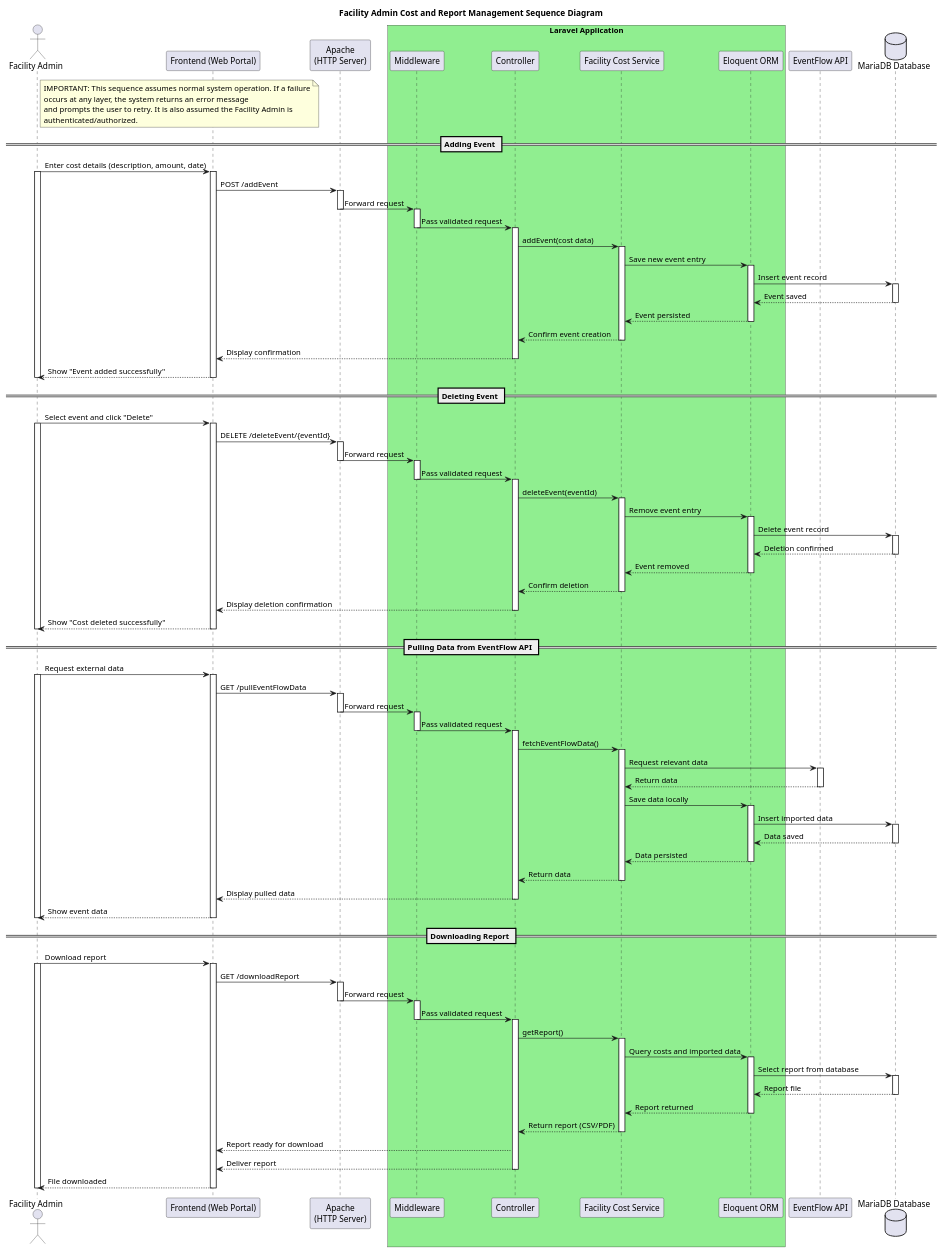
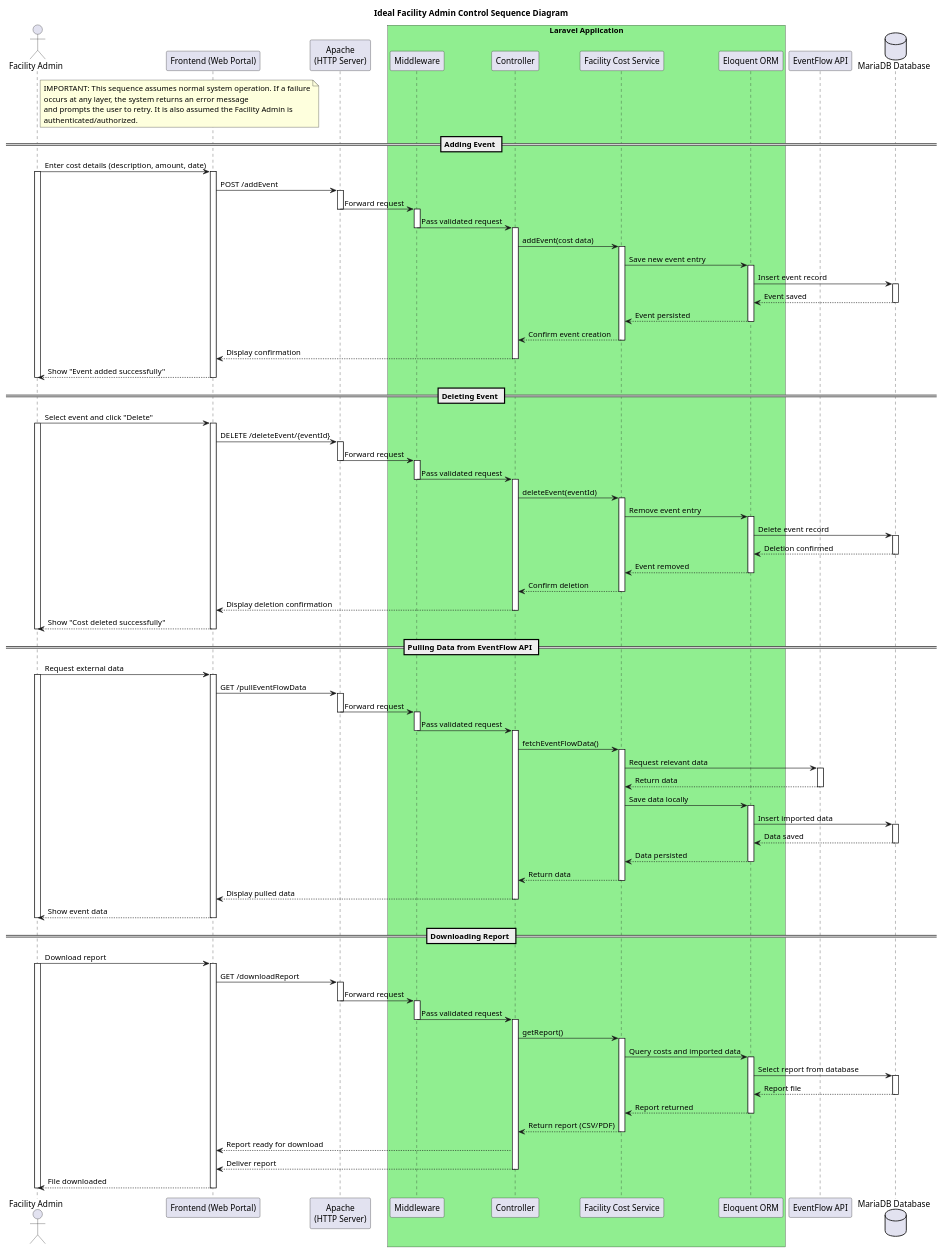
Before and after one commit to JanPerez35/PlantUML: the diagram in sequenceDiagrams/Facility_Admin_Control_Sequence_Diagram.puml, drawn with PlantUML. The commit also changed 19 other files, not shown here.

Commit message:
Sequence updated naming

```diff
--- a/sequenceDiagrams/Facility_Admin_Control_Sequence_Diagram.puml
+++ b/sequenceDiagrams/Facility_Admin_Control_Sequence_Diagram.puml
@@ -1,182 +1,182 @@
 @startuml
 
-title Facility Admin Cost and Report Management Sequence Diagram
+title Ideal Facility Admin Control Sequence Diagram
 
 actor "Facility Admin" as Admin
 
 participant "Frontend (Web Portal)" as FE
 participant "Apache\n(HTTP Server)" as Apache
 
 box "Laravel Application" #LightGreen
   participant "Middleware" as MW
   participant "Controller" as C
   participant "Facility Cost Service" as Service
   participant "Eloquent ORM" as ORM
 end box
 
 note right of Admin
 IMPORTANT: This sequence assumes normal system operation. If a failure
 occurs at any layer, the system returns an error message
 and prompts the user to retry. It is also assumed the Facility Admin is
 authenticated/authorized.
 end note
 
 participant "EventFlow API" as EventFlow
 database "MariaDB Database" as DB
 
 == Adding Event ==
 Admin -> FE: Enter cost details (description, amount, date)
 activate Admin
 activate FE
 
 FE -> Apache: POST /addEvent
 activate Apache
 Apache -> MW: Forward request
 deactivate Apache
 
 activate MW
 MW -> C: Pass validated request
 deactivate MW
 
 activate C
 C -> Service: addEvent(cost data)
 activate Service
 
 Service -> ORM: Save new event entry
 activate ORM
 ORM -> DB: Insert event record
 activate DB
 DB --> ORM: Event saved
 deactivate DB
 ORM --> Service: Event persisted
 deactivate ORM
 
 Service --> C: Confirm event creation
 deactivate Service
 C --> FE: Display confirmation
 deactivate C
 
 FE --> Admin: Show "Event added successfully"
 deactivate FE
 deactivate Admin
 
 
 == Deleting Event ==
 Admin -> FE: Select event and click "Delete"
 activate Admin
 activate FE
 
 FE -> Apache: DELETE /deleteEvent/{eventId}
 activate Apache
 Apache -> MW: Forward request
 deactivate Apache
 
 activate MW
 MW -> C: Pass validated request
 deactivate MW
 
 activate C
 C -> Service: deleteEvent(eventId)
 activate Service
 
 Service -> ORM: Remove event entry
 activate ORM
 ORM -> DB: Delete event record
 activate DB
 DB --> ORM: Deletion confirmed
 deactivate DB
 ORM --> Service: Event removed
 deactivate ORM
 
 Service --> C: Confirm deletion
 deactivate Service
 C --> FE: Display deletion confirmation
 deactivate C
 
 FE --> Admin: Show "Cost deleted successfully"
 deactivate FE
 deactivate Admin
 
 
 == Pulling Data from EventFlow API ==
 Admin -> FE: Request external data
 activate Admin
 activate FE
 
 FE -> Apache: GET /pullEventFlowData
 activate Apache
 Apache -> MW: Forward request
 deactivate Apache
 
 activate MW
 MW -> C: Pass validated request
 deactivate MW
 
 activate C
 C -> Service: fetchEventFlowData()
 activate Service
 
 Service -> EventFlow: Request relevant data
 activate EventFlow
 EventFlow --> Service: Return data
 deactivate EventFlow
 
 Service -> ORM: Save data locally
 activate ORM
 ORM -> DB: Insert imported data
 activate DB
 DB --> ORM: Data saved
 deactivate DB
 ORM --> Service: Data persisted
 deactivate ORM
 
 Service --> C: Return data
 deactivate Service
 C --> FE: Display pulled data
 deactivate C
 
 FE --> Admin: Show event data
 deactivate FE
 deactivate Admin
 
 
 == Downloading Report ==
 Admin -> FE: Download report
 activate Admin
 activate FE
 
 FE -> Apache: GET /downloadReport
 activate Apache
 Apache -> MW: Forward request
 deactivate Apache
 
 activate MW
 MW -> C: Pass validated request
 deactivate MW
 
 activate C
 C -> Service: getReport()
 activate Service
 
 Service -> ORM: Query costs and imported data
 activate ORM
 ORM -> DB: Select report from database
 activate DB
 DB --> ORM: Report file
 deactivate DB
 ORM --> Service: Report returned
 deactivate ORM
 
 Service --> C: Return report (CSV/PDF)
 deactivate Service
 C --> FE: Report ready for download
 
 deactivate Service
 C --> FE: Deliver report
 deactivate C 
 
 FE --> Admin: File downloaded
 deactivate FE
 deactivate Admin
 
 @enduml
```
